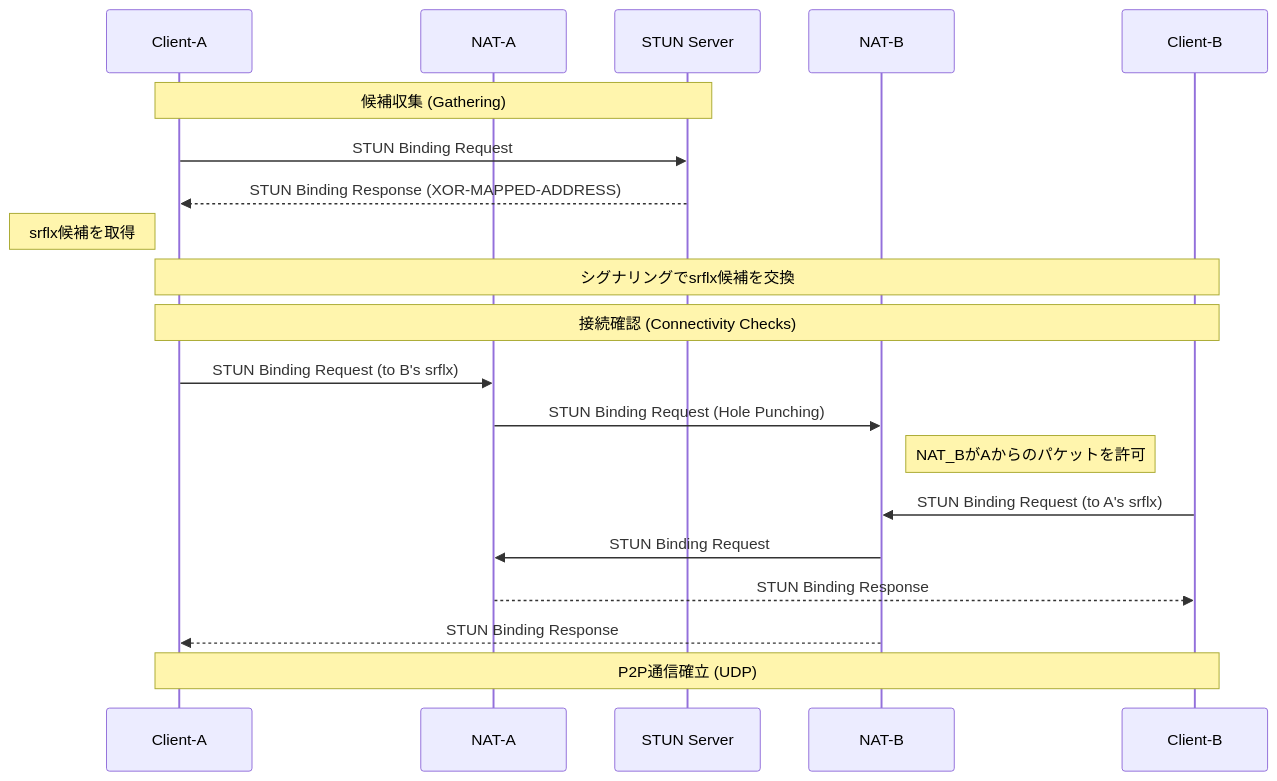
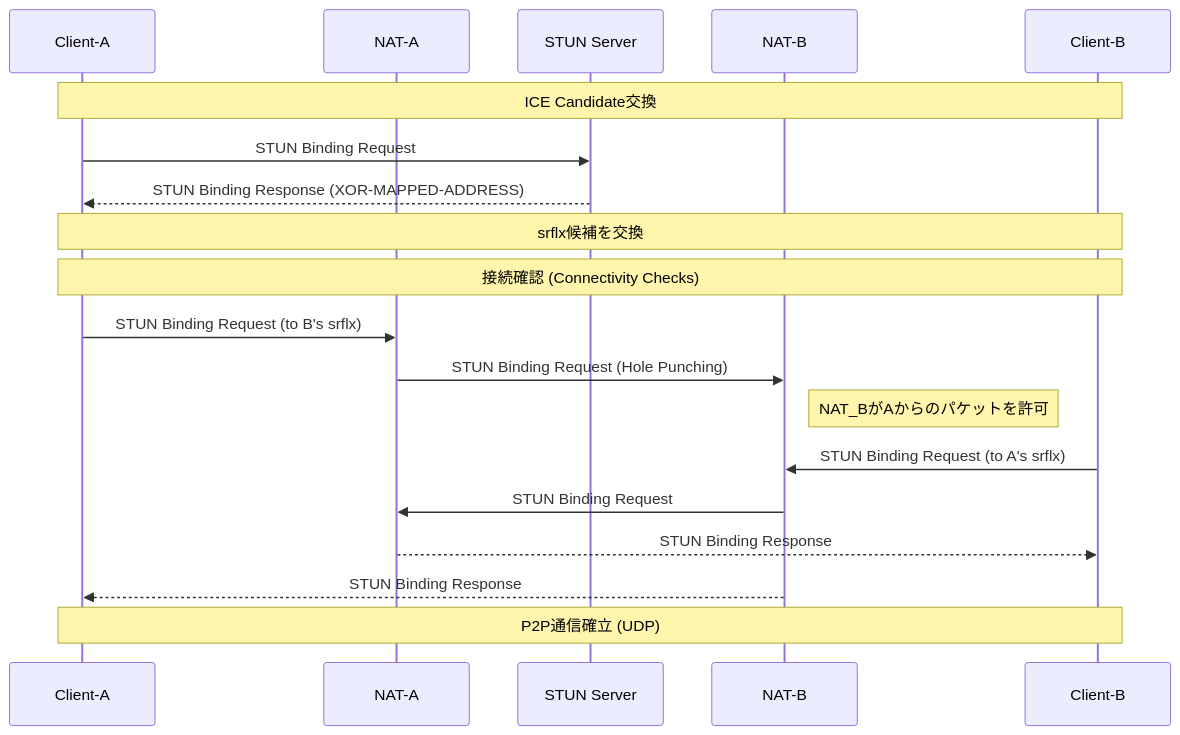
Before and after one commit to kyoya-p/samples: the third of 5 diagrams in 2026/WebRTC/rtc.md, drawn with Mermaid. The commit also changed other lines of this file and 7 other files, not shown here.

````diff
--- a/2026/WebRTC/rtc.md
+++ b/2026/WebRTC/rtc.md
@@ -31,28 +55,27 @@
 ```mermaid
 sequenceDiagram
     participant A as Client-A
     participant NAT_A as NAT-A
     participant STUN as STUN Server
     participant NAT_B as NAT-B
     participant B as Client-B
 
-    Note over A, STUN: 候補収集 (Gathering)
+    Note over A, B: ICE Candidate交換
     A->>STUN: STUN Binding Request
     STUN-->>A: STUN Binding Response (XOR-MAPPED-ADDRESS)
-    Note left of A: srflx候補を取得
     
-    Note over A, B: シグナリングでsrflx候補を交換
+    Note over A, B: srflx候補を交換
     
     Note over A, B: 接続確認 (Connectivity Checks)
     A->>NAT_A: STUN Binding Request (to B's srflx)
     NAT_A->>NAT_B: STUN Binding Request (Hole Punching)
     Note right of NAT_B: NAT_BがAからのパケットを許可
     
     B->>NAT_B: STUN Binding Request (to A's srflx)
     NAT_B->>NAT_A: STUN Binding Request
     
     NAT_A-->>B: STUN Binding Response
     NAT_B-->>A: STUN Binding Response
     
     Note over A, B: P2P通信確立 (UDP)
 ```
````
